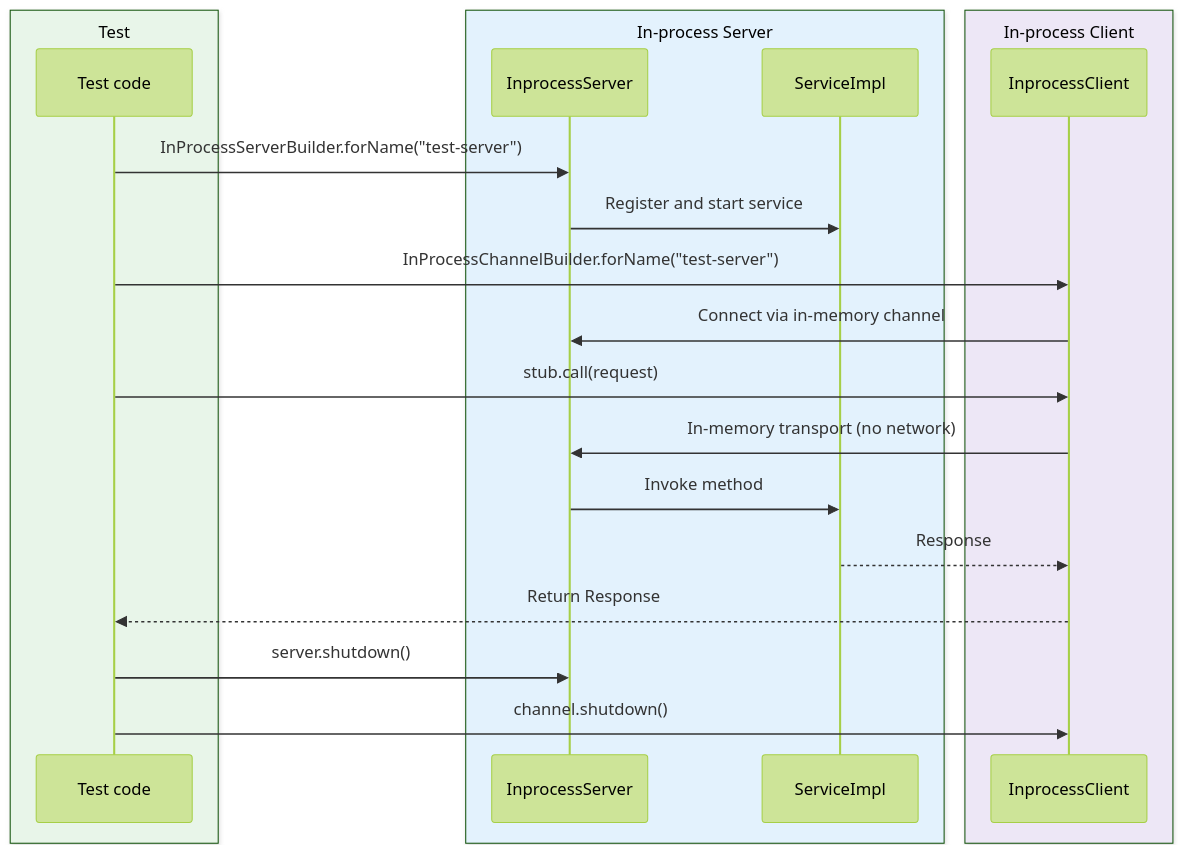
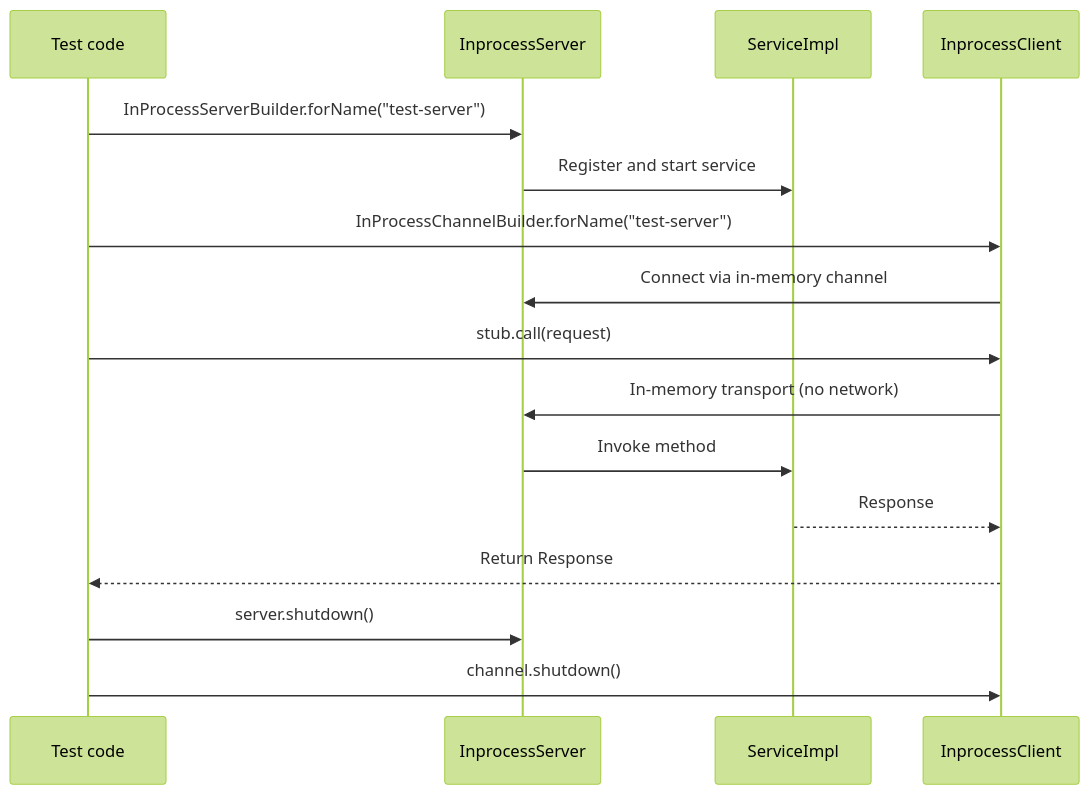
Before and after one commit to bluetape4k/bluetape4k-projects: the fourth of 4 diagrams in io/grpc/README.md, drawn with Mermaid (forest theme). The commit also changed other lines of this file and 219 other files, not shown here.

First line of the commit message:
docs: 전체 README Mermaid 다이어그램 가이드 적용

````diff
--- a/io/grpc/README.md
+++ b/io/grpc/README.md
@@ -137,27 +133,21 @@
 ```mermaid
 sequenceDiagram
-    box rgb(232, 245, 233) Test
         participant T as Test code
-    end
-    box rgb(227, 242, 253) In-process Server
         participant IS as InprocessServer
         participant SVC as ServiceImpl
-    end
-    box rgb(237, 231, 246) In-process Client
         participant IC as InprocessClient
-    end
 
     T->>IS: InProcessServerBuilder.forName("test-server")
     IS->>SVC: Register and start service
     T->>IC: InProcessChannelBuilder.forName("test-server")
     IC->>IS: Connect via in-memory channel
 
     T->>IC: stub.call(request)
     IC->>IS: In-memory transport (no network)
     IS->>SVC: Invoke method
     SVC-->>IC: Response
     IC-->>T: Return Response
 
     T->>IS: server.shutdown()
     T->>IC: channel.shutdown()
 ```
````
